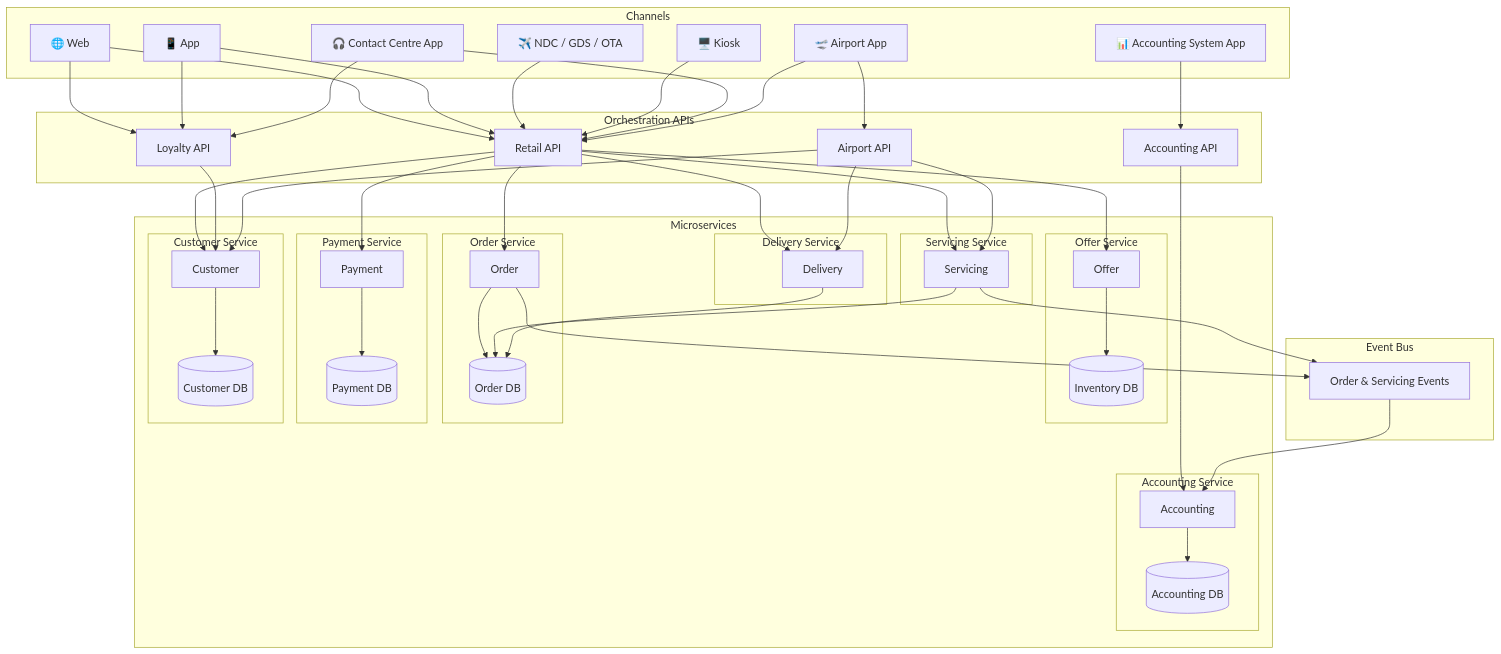
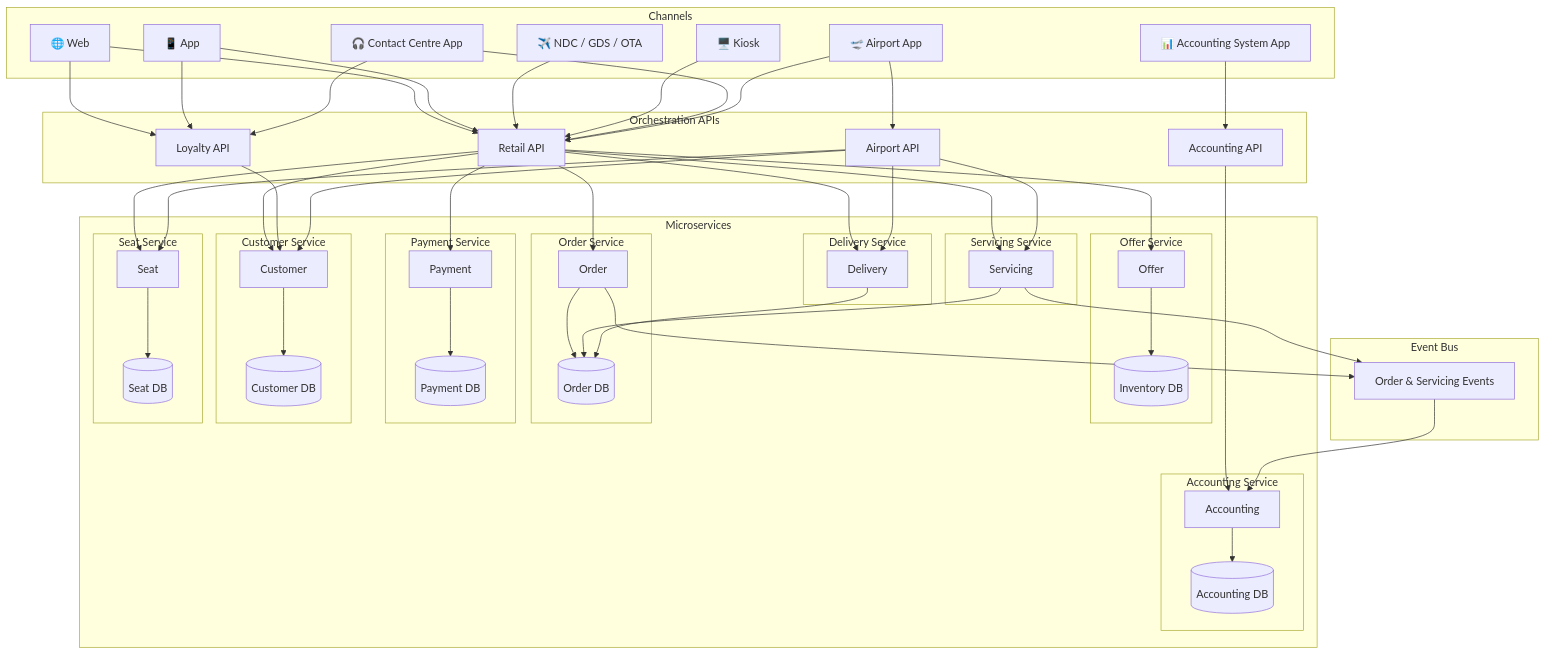
One commit to sebharvey/airline-reservation-system changed the first of 7 diagrams in architecture/design.md. Above: the diagram before and after it, drawn with Mermaid. The commit also changed other lines of this file, not shown here.

```diff
--- a/architecture/design.md
+++ b/architecture/design.md
@@ -71,6 +72,11 @@
             ACCOUNTING[Accounting]
             ACCOUNTING_DB[(Accounting DB)]
         end
+
+        subgraph SEAT_SVC["Seat Service"]
+            SEAT[Seat]
+            SEAT_DB[(Seat DB)]
+        end
     end
 
     subgraph Events["Event Bus"]
@@ -84,9 +90,9 @@
     ACCT_CH --> ACCOUNTING_API
 
     %% Orchestration → Microservices
-    RETAIL_API --> OFFER & ORDER & PAYMENT & SERVICING & DELIVERY & CUSTOMER
+    RETAIL_API --> OFFER & ORDER & PAYMENT & SERVICING & DELIVERY & CUSTOMER & SEAT
     LOYALTY_API --> CUSTOMER
-    AIRPORT_API --> SERVICING & DELIVERY & CUSTOMER
+    AIRPORT_API --> SERVICING & DELIVERY & CUSTOMER & SEAT
     ACCOUNTING_API --> ACCOUNTING
 
     %% Microservice → DB
@@ -97,6 +103,7 @@
     DELIVERY --> ORDER_DB
     CUSTOMER --> CUSTOMER_DB
     ACCOUNTING --> ACCOUNTING_DB
+    SEAT --> SEAT_DB
 
     %% Eventing to Accounting
     ORDER & SERVICING --> EVT
```
